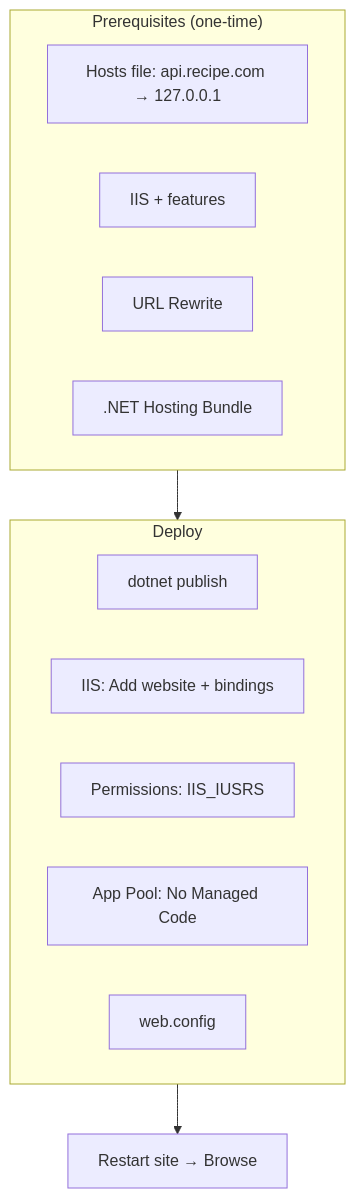
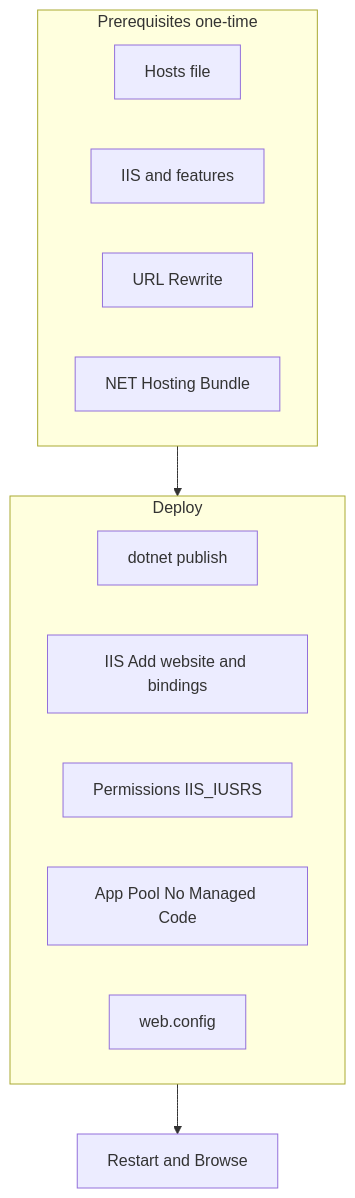
One commit to sridharpolepalli/dotnet-learn changed the fifth of 6 diagrams in ASP.NET-Core-Hosting-Guide.md. Above: the diagram before and after it, drawn with Mermaid. The commit also changed other lines of this file and 1 other file, not shown here.

Commit message:
fixing the mermaid issues

````diff
--- a/ASP.NET-Core-Hosting-Guide.md
+++ b/ASP.NET-Core-Hosting-Guide.md
@@ -214,20 +214,20 @@
 ```mermaid
 flowchart TB
-    subgraph Prep["Prerequisites (one-time)"]
-        A[Hosts file: api.recipe.com → 127.0.0.1]
-        B[IIS + features]
+    subgraph Prep["Prerequisites one-time"]
+        A["Hosts file"]
+        B["IIS and features"]
         C[URL Rewrite]
-        D[.NET Hosting Bundle]
+        D["NET Hosting Bundle"]
     end
 
     subgraph Deploy["Deploy"]
-        E[dotnet publish]
-        F[IIS: Add website + bindings]
-        G[Permissions: IIS_IUSRS]
-        H[App Pool: No Managed Code]
+        E["dotnet publish"]
+        F["IIS Add website and bindings"]
+        G["Permissions IIS_IUSRS"]
+        H["App Pool No Managed Code"]
         I[web.config]
     end
 
     Prep --> Deploy
-    Deploy --> J[Restart site → Browse]
+    Deploy --> J["Restart and Browse"]
 ```
````
